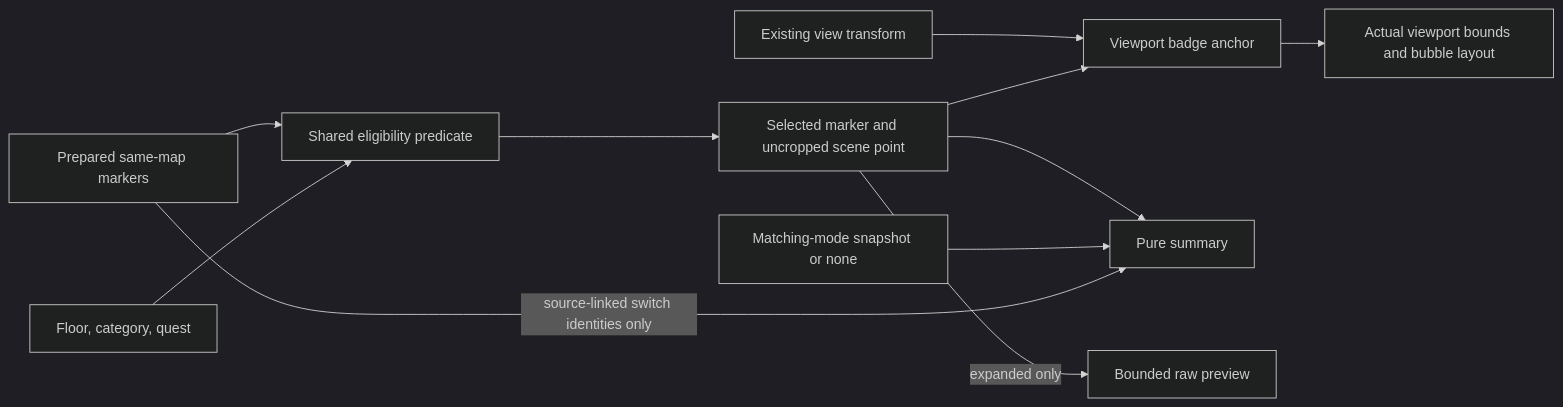
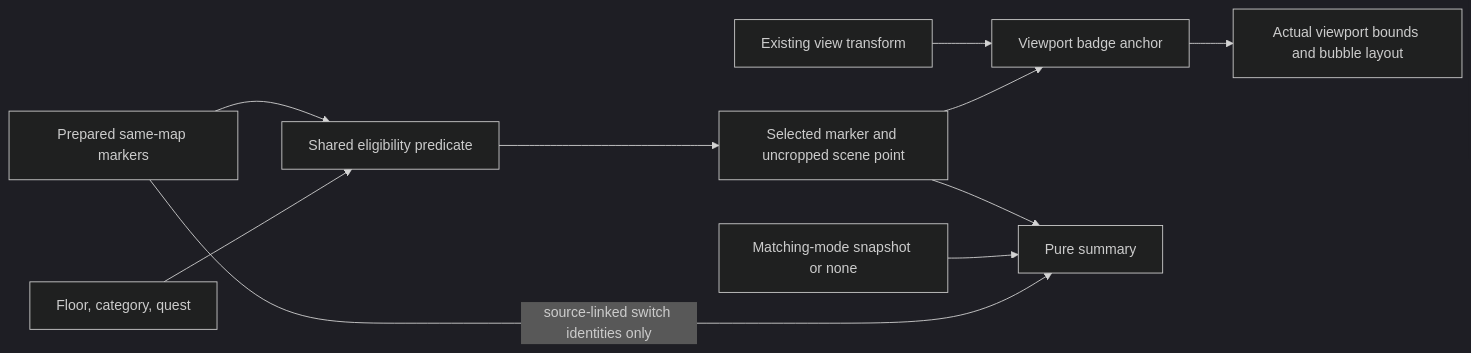
The fourth of 4 diagrams in openspec/changes/add-marker-popups/design.md (sh1ny/blackgrid), drawn with Mermaid (dark theme) before and after one commit. The commit also changed other lines of this file and 4 other files, not shown here.

````diff
--- a/openspec/changes/add-marker-popups/design.md
+++ b/openspec/changes/add-marker-popups/design.md
@@ -126,12 +136,11 @@
 ```mermaid
 flowchart LR
   Pack[Prepared same-map markers] --> Eligible[Shared eligibility predicate]
   Filters[Floor, category, quest] --> Eligible
   Eligible --> Sel[Selected marker and uncropped scene point]
   Transform[Existing view transform] --> Anchor[Viewport badge anchor]
   Sel --> Anchor --> Bounds[Actual viewport bounds and bubble layout]
   Sel --> Summary[Pure summary]
   Cat[Matching-mode snapshot or none] --> Summary
   Pack -->|source-linked switch identities only| Summary
-  Sel -->|expanded only| Preview[Bounded raw preview]
 ```
````
